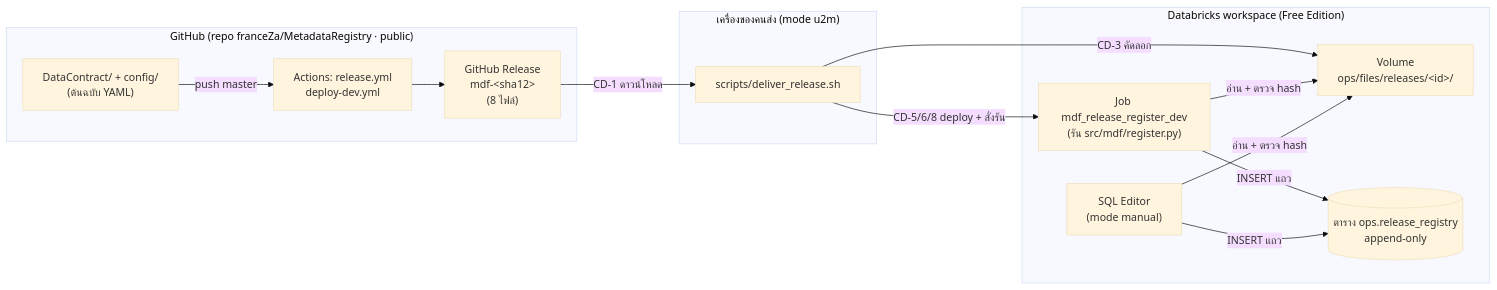
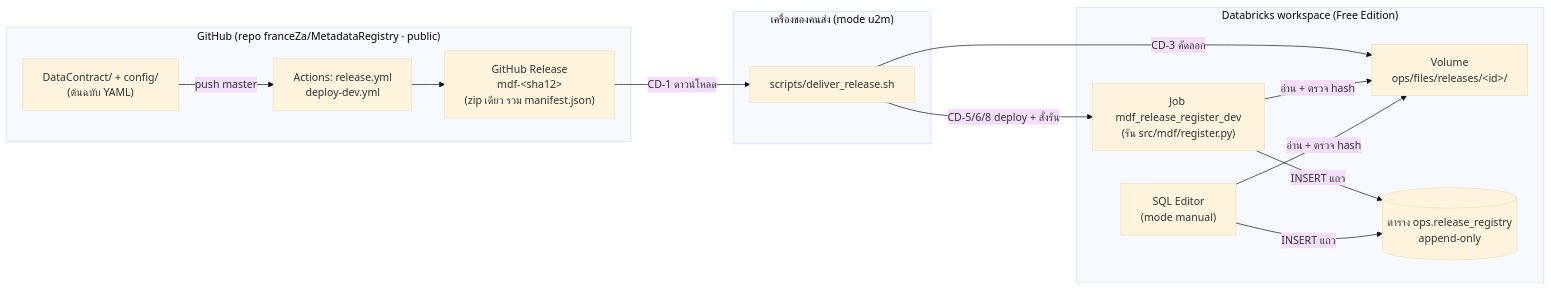
Before and after one commit to franceZa/MetadataRegistry: the first of 4 diagrams in runbooks/release-delivery-guide.md, drawn with Mermaid (base theme). The commit also changed other lines of this file and 50 other files, not shown here.

````diff
--- a/runbooks/release-delivery-guide.md
+++ b/runbooks/release-delivery-guide.md
@@ -39,28 +39,28 @@
 ```mermaid
 flowchart LR
   subgraph GH["GitHub (repo franceZa/MetadataRegistry · public)"]
     SRC["DataContract/ + config/<br/>(ต้นฉบับ YAML)"]
     WF["Actions: release.yml<br/>deploy-dev.yml"]
-    REL["GitHub Release<br/>mdf-&lt;sha12&gt;<br/>(8 ไฟล์)"]
+    REL["GitHub Release<br/>mdf-&lt;sha12&gt;<br/>(zip เดียว รวม manifest.json)"]
   end
 
   subgraph YOU["เครื่องของคนส่ง (mode u2m)"]
     SH["scripts/deliver_release.sh"]
   end
 
   subgraph DBX["Databricks workspace (Free Edition)"]
     VOL["Volume<br/>ops/files/releases/&lt;id&gt;/"]
     JOB["Job mdf_release_register_dev<br/>(รัน src/mdf/register.py)"]
     REG[("ตาราง ops.release_registry<br/>append-only")]
     SQL["SQL Editor<br/>(mode manual)"]
   end
 
   SRC -- "push master" --> WF --> REL
   REL -- "CD-1 ดาวน์โหลด" --> SH
   SH -- "CD-3 คัดลอก" --> VOL
   SH -- "CD-5/6/8 deploy + สั่งรัน" --> JOB
   JOB -- "อ่าน + ตรวจ hash" --> VOL
   JOB -- "INSERT แถว" --> REG
   SQL -- "อ่าน + ตรวจ hash" --> VOL
   SQL -- "INSERT แถว" --> REG
 ```
````
